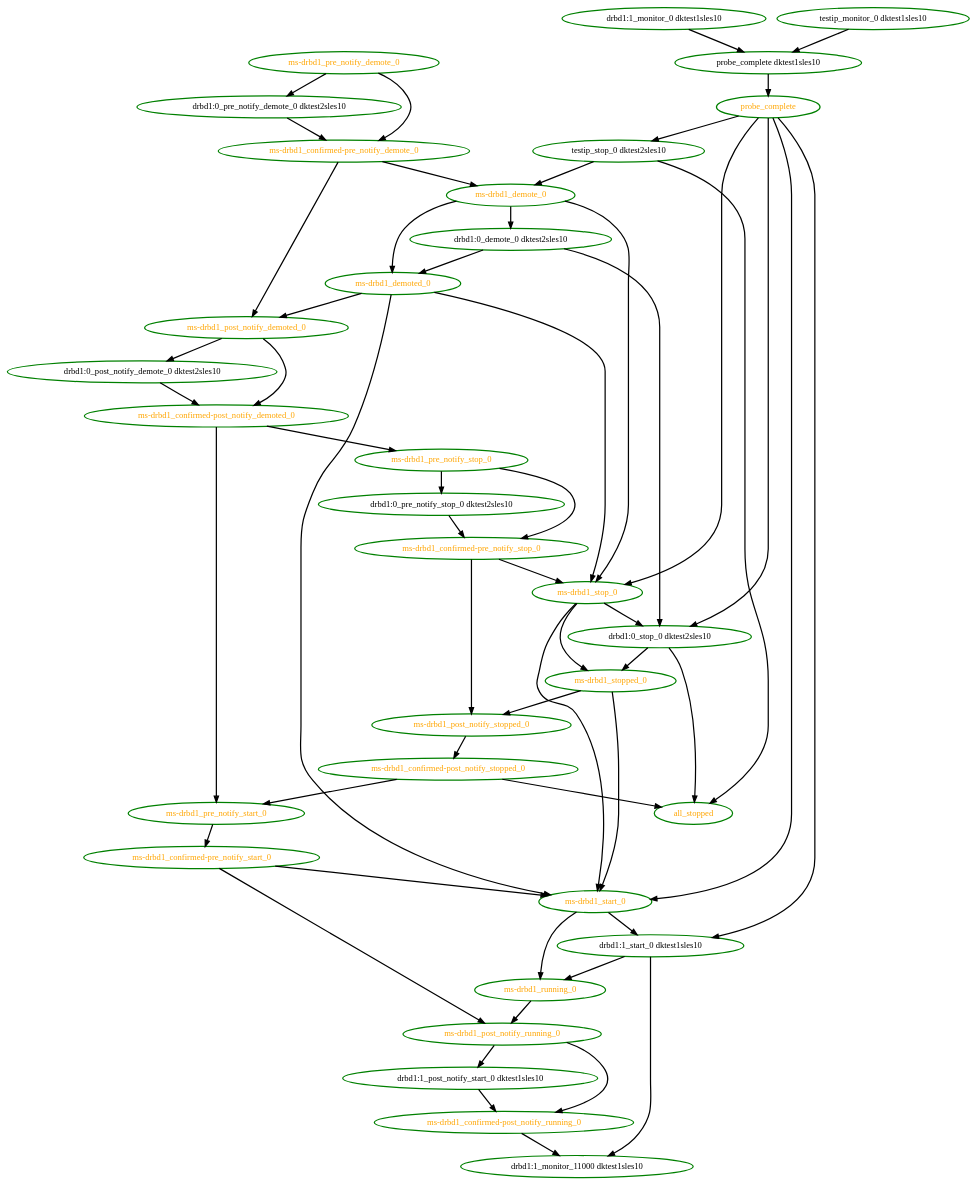
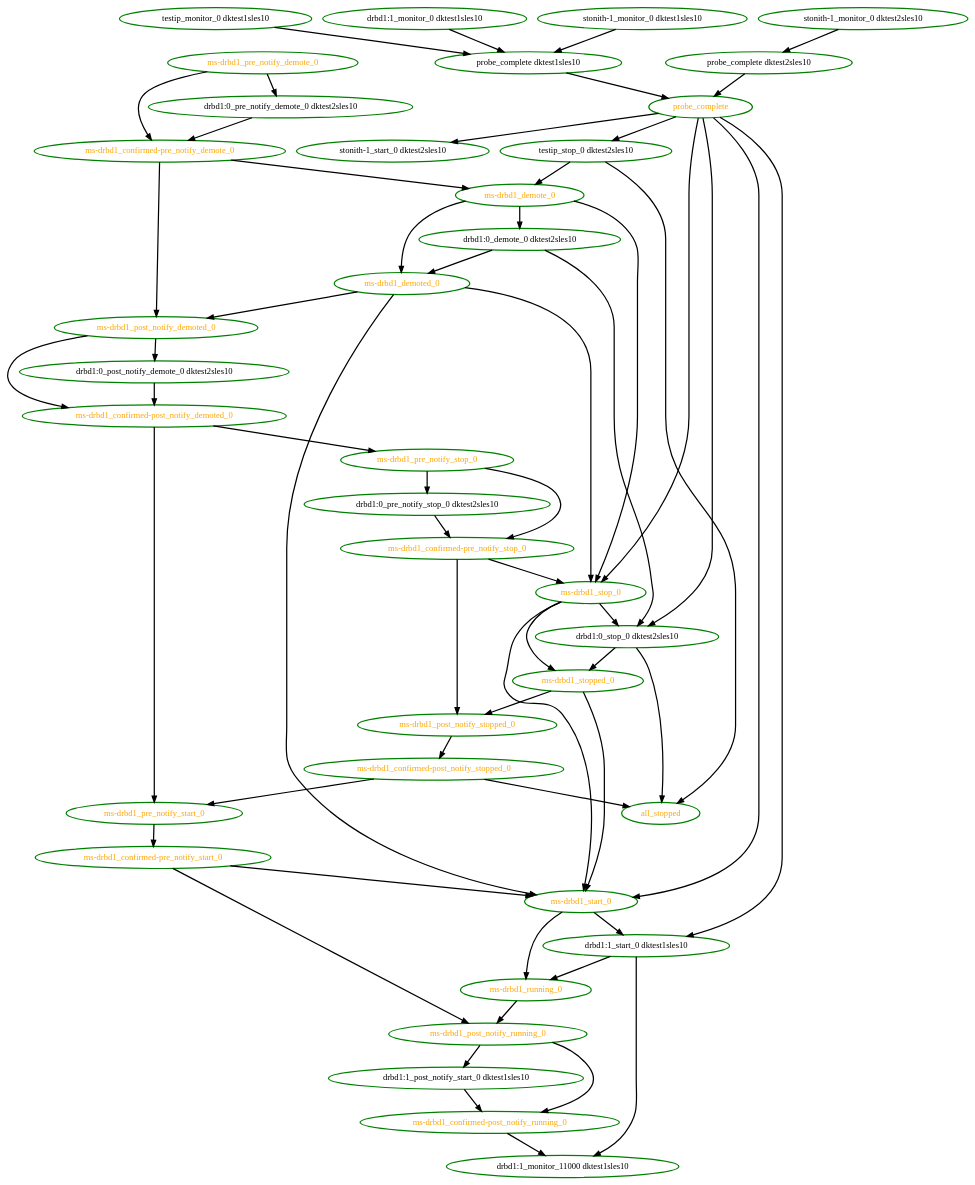
Before and after one commit to linux-ha-japan/pm_diskd: the diagram in pengine/test10/clone-no-shuffle.dot, drawn with Graphviz. The commit also changed 209 other files, not shown here.

```diff
--- a/pengine/test10/clone-no-shuffle.dot
+++ b/pengine/test10/clone-no-shuffle.dot
@@ -1,89 +1,97 @@
 digraph "g" {
 "all_stopped" [ style=bold color="green" fontcolor="orange"  ]
 "drbd1:0_demote_0 dktest2sles10" -> "drbd1:0_stop_0 dktest2sles10" [ style = bold]
 "drbd1:0_demote_0 dktest2sles10" -> "ms-drbd1_demoted_0" [ style = bold]
 "drbd1:0_demote_0 dktest2sles10" [ style=bold color="green" fontcolor="black"  ]
 "drbd1:0_post_notify_demote_0 dktest2sles10" -> "ms-drbd1_confirmed-post_notify_demoted_0" [ style = bold]
 "drbd1:0_post_notify_demote_0 dktest2sles10" [ style=bold color="green" fontcolor="black"  ]
 "drbd1:0_pre_notify_demote_0 dktest2sles10" -> "ms-drbd1_confirmed-pre_notify_demote_0" [ style = bold]
 "drbd1:0_pre_notify_demote_0 dktest2sles10" [ style=bold color="green" fontcolor="black"  ]
 "drbd1:0_pre_notify_stop_0 dktest2sles10" -> "ms-drbd1_confirmed-pre_notify_stop_0" [ style = bold]
 "drbd1:0_pre_notify_stop_0 dktest2sles10" [ style=bold color="green" fontcolor="black"  ]
 "drbd1:0_stop_0 dktest2sles10" -> "all_stopped" [ style = bold]
 "drbd1:0_stop_0 dktest2sles10" -> "ms-drbd1_stopped_0" [ style = bold]
 "drbd1:0_stop_0 dktest2sles10" [ style=bold color="green" fontcolor="black"  ]
 "drbd1:1_monitor_0 dktest1sles10" -> "probe_complete dktest1sles10" [ style = bold]
 "drbd1:1_monitor_0 dktest1sles10" [ style=bold color="green" fontcolor="black"  ]
 "drbd1:1_monitor_11000 dktest1sles10" [ style=bold color="green" fontcolor="black"  ]
 "drbd1:1_post_notify_start_0 dktest1sles10" -> "ms-drbd1_confirmed-post_notify_running_0" [ style = bold]
 "drbd1:1_post_notify_start_0 dktest1sles10" [ style=bold color="green" fontcolor="black"  ]
 "drbd1:1_start_0 dktest1sles10" -> "drbd1:1_monitor_11000 dktest1sles10" [ style = bold]
 "drbd1:1_start_0 dktest1sles10" -> "ms-drbd1_running_0" [ style = bold]
 "drbd1:1_start_0 dktest1sles10" [ style=bold color="green" fontcolor="black"  ]
 "ms-drbd1_confirmed-post_notify_demoted_0" -> "ms-drbd1_pre_notify_start_0" [ style = bold]
 "ms-drbd1_confirmed-post_notify_demoted_0" -> "ms-drbd1_pre_notify_stop_0" [ style = bold]
 "ms-drbd1_confirmed-post_notify_demoted_0" [ style=bold color="green" fontcolor="orange"  ]
 "ms-drbd1_confirmed-post_notify_running_0" -> "drbd1:1_monitor_11000 dktest1sles10" [ style = bold]
 "ms-drbd1_confirmed-post_notify_running_0" [ style=bold color="green" fontcolor="orange"  ]
 "ms-drbd1_confirmed-post_notify_stopped_0" -> "all_stopped" [ style = bold]
 "ms-drbd1_confirmed-post_notify_stopped_0" -> "ms-drbd1_pre_notify_start_0" [ style = bold]
 "ms-drbd1_confirmed-post_notify_stopped_0" [ style=bold color="green" fontcolor="orange"  ]
 "ms-drbd1_confirmed-pre_notify_demote_0" -> "ms-drbd1_demote_0" [ style = bold]
 "ms-drbd1_confirmed-pre_notify_demote_0" -> "ms-drbd1_post_notify_demoted_0" [ style = bold]
 "ms-drbd1_confirmed-pre_notify_demote_0" [ style=bold color="green" fontcolor="orange"  ]
 "ms-drbd1_confirmed-pre_notify_start_0" -> "ms-drbd1_post_notify_running_0" [ style = bold]
 "ms-drbd1_confirmed-pre_notify_start_0" -> "ms-drbd1_start_0" [ style = bold]
 "ms-drbd1_confirmed-pre_notify_start_0" [ style=bold color="green" fontcolor="orange"  ]
 "ms-drbd1_confirmed-pre_notify_stop_0" -> "ms-drbd1_post_notify_stopped_0" [ style = bold]
 "ms-drbd1_confirmed-pre_notify_stop_0" -> "ms-drbd1_stop_0" [ style = bold]
 "ms-drbd1_confirmed-pre_notify_stop_0" [ style=bold color="green" fontcolor="orange"  ]
 "ms-drbd1_demote_0" -> "drbd1:0_demote_0 dktest2sles10" [ style = bold]
 "ms-drbd1_demote_0" -> "ms-drbd1_demoted_0" [ style = bold]
 "ms-drbd1_demote_0" -> "ms-drbd1_stop_0" [ style = bold]
 "ms-drbd1_demote_0" [ style=bold color="green" fontcolor="orange"  ]
 "ms-drbd1_demoted_0" -> "ms-drbd1_post_notify_demoted_0" [ style = bold]
 "ms-drbd1_demoted_0" -> "ms-drbd1_start_0" [ style = bold]
 "ms-drbd1_demoted_0" -> "ms-drbd1_stop_0" [ style = bold]
 "ms-drbd1_demoted_0" [ style=bold color="green" fontcolor="orange"  ]
 "ms-drbd1_post_notify_demoted_0" -> "drbd1:0_post_notify_demote_0 dktest2sles10" [ style = bold]
 "ms-drbd1_post_notify_demoted_0" -> "ms-drbd1_confirmed-post_notify_demoted_0" [ style = bold]
 "ms-drbd1_post_notify_demoted_0" [ style=bold color="green" fontcolor="orange"  ]
 "ms-drbd1_post_notify_running_0" -> "drbd1:1_post_notify_start_0 dktest1sles10" [ style = bold]
 "ms-drbd1_post_notify_running_0" -> "ms-drbd1_confirmed-post_notify_running_0" [ style = bold]
 "ms-drbd1_post_notify_running_0" [ style=bold color="green" fontcolor="orange"  ]
 "ms-drbd1_post_notify_stopped_0" -> "ms-drbd1_confirmed-post_notify_stopped_0" [ style = bold]
 "ms-drbd1_post_notify_stopped_0" [ style=bold color="green" fontcolor="orange"  ]
 "ms-drbd1_pre_notify_demote_0" -> "drbd1:0_pre_notify_demote_0 dktest2sles10" [ style = bold]
 "ms-drbd1_pre_notify_demote_0" -> "ms-drbd1_confirmed-pre_notify_demote_0" [ style = bold]
 "ms-drbd1_pre_notify_demote_0" [ style=bold color="green" fontcolor="orange"  ]
 "ms-drbd1_pre_notify_start_0" -> "ms-drbd1_confirmed-pre_notify_start_0" [ style = bold]
 "ms-drbd1_pre_notify_start_0" [ style=bold color="green" fontcolor="orange"  ]
 "ms-drbd1_pre_notify_stop_0" -> "drbd1:0_pre_notify_stop_0 dktest2sles10" [ style = bold]
 "ms-drbd1_pre_notify_stop_0" -> "ms-drbd1_confirmed-pre_notify_stop_0" [ style = bold]
 "ms-drbd1_pre_notify_stop_0" [ style=bold color="green" fontcolor="orange"  ]
 "ms-drbd1_running_0" -> "ms-drbd1_post_notify_running_0" [ style = bold]
 "ms-drbd1_running_0" [ style=bold color="green" fontcolor="orange"  ]
 "ms-drbd1_start_0" -> "drbd1:1_start_0 dktest1sles10" [ style = bold]
 "ms-drbd1_start_0" -> "ms-drbd1_running_0" [ style = bold]
 "ms-drbd1_start_0" [ style=bold color="green" fontcolor="orange"  ]
 "ms-drbd1_stop_0" -> "drbd1:0_stop_0 dktest2sles10" [ style = bold]
 "ms-drbd1_stop_0" -> "ms-drbd1_start_0" [ style = bold]
 "ms-drbd1_stop_0" -> "ms-drbd1_stopped_0" [ style = bold]
 "ms-drbd1_stop_0" [ style=bold color="green" fontcolor="orange"  ]
 "ms-drbd1_stopped_0" -> "ms-drbd1_post_notify_stopped_0" [ style = bold]
 "ms-drbd1_stopped_0" -> "ms-drbd1_start_0" [ style = bold]
 "ms-drbd1_stopped_0" [ style=bold color="green" fontcolor="orange"  ]
 "probe_complete dktest1sles10" -> "probe_complete" [ style = bold]
 "probe_complete dktest1sles10" [ style=bold color="green" fontcolor="black"  ]
+"probe_complete dktest2sles10" -> "probe_complete" [ style = bold]
+"probe_complete dktest2sles10" [ style=bold color="green" fontcolor="black"  ]
 "probe_complete" -> "drbd1:0_stop_0 dktest2sles10" [ style = bold]
 "probe_complete" -> "drbd1:1_start_0 dktest1sles10" [ style = bold]
 "probe_complete" -> "ms-drbd1_start_0" [ style = bold]
 "probe_complete" -> "ms-drbd1_stop_0" [ style = bold]
+"probe_complete" -> "stonith-1_start_0 dktest2sles10" [ style = bold]
 "probe_complete" -> "testip_stop_0 dktest2sles10" [ style = bold]
 "probe_complete" [ style=bold color="green" fontcolor="orange"  ]
+"stonith-1_monitor_0 dktest1sles10" -> "probe_complete dktest1sles10" [ style = bold]
+"stonith-1_monitor_0 dktest1sles10" [ style=bold color="green" fontcolor="black"  ]
+"stonith-1_monitor_0 dktest2sles10" -> "probe_complete dktest2sles10" [ style = bold]
+"stonith-1_monitor_0 dktest2sles10" [ style=bold color="green" fontcolor="black"  ]
+"stonith-1_start_0 dktest2sles10" [ style=bold color="green" fontcolor="black"  ]
 "testip_monitor_0 dktest1sles10" -> "probe_complete dktest1sles10" [ style = bold]
 "testip_monitor_0 dktest1sles10" [ style=bold color="green" fontcolor="black"  ]
 "testip_stop_0 dktest2sles10" -> "all_stopped" [ style = bold]
 "testip_stop_0 dktest2sles10" -> "ms-drbd1_demote_0" [ style = bold]
 "testip_stop_0 dktest2sles10" [ style=bold color="green" fontcolor="black"  ]
 }
```
